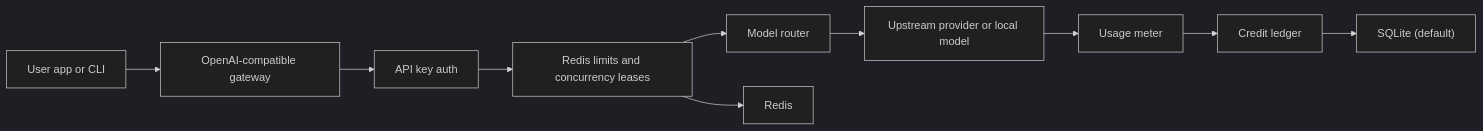
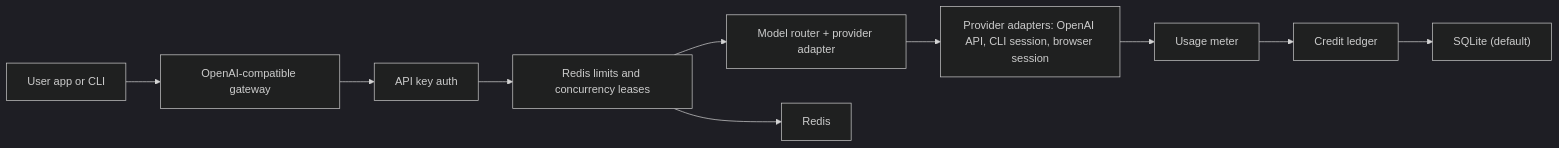
One commit to pendig/mizan changed the first of 2 diagrams in docs/ARCHITECTURE.md. Above: the diagram before and after it, drawn with Mermaid (dark theme). The commit also changed other lines of this file and 19 other files, not shown here.

````diff
--- a/docs/ARCHITECTURE.md
+++ b/docs/ARCHITECTURE.md
@@ -56,12 +58,12 @@
 ```mermaid
 flowchart LR
     Client["User app or CLI"] --> Gateway["OpenAI-compatible gateway"]
     Gateway --> Auth["API key auth"]
     Auth --> Limits["Redis limits and concurrency leases"]
-    Limits --> Router["Model router"]
-    Router --> Provider["Upstream provider or local model"]
+    Limits --> Router["Model router + provider adapter"]
+    Router --> Provider["Provider adapters: OpenAI API, CLI session, browser session"]
     Provider --> Meter["Usage meter"]
     Meter --> Ledger["Credit ledger"]
     Ledger --> DB["SQLite (default)"]
     Limits --> Redis["Redis"]
 ```
````
